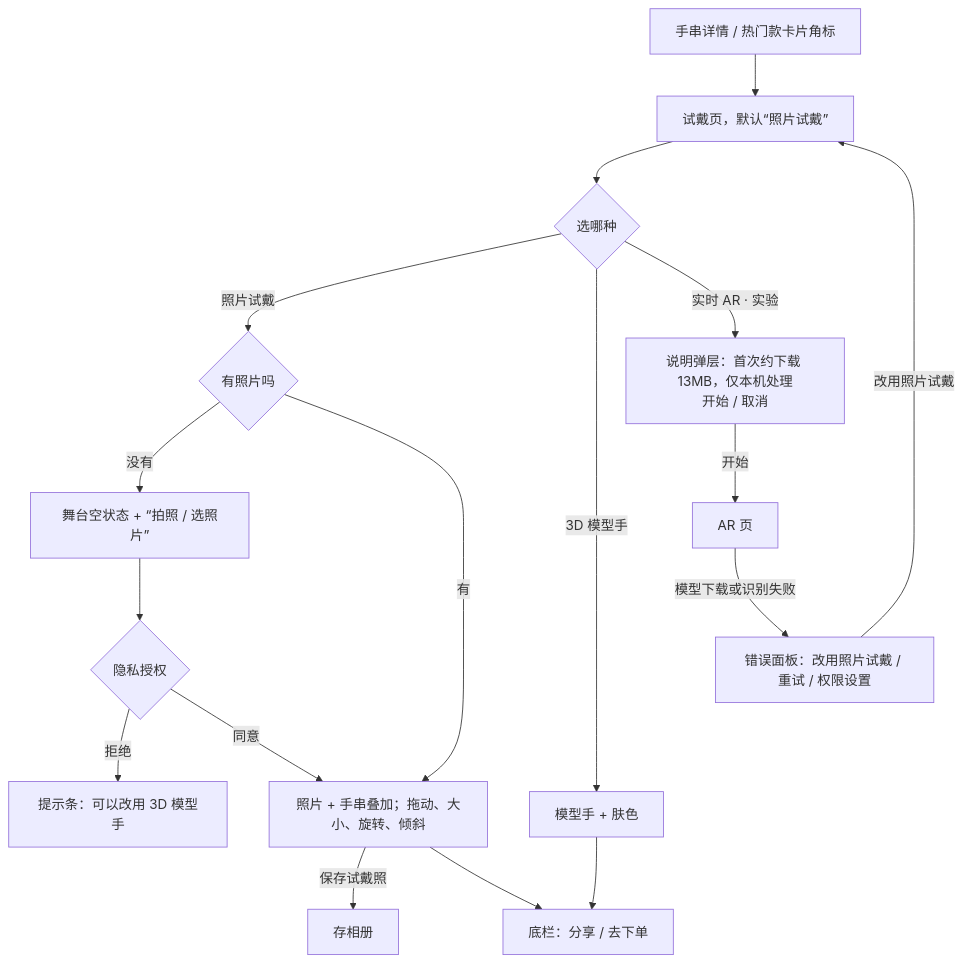
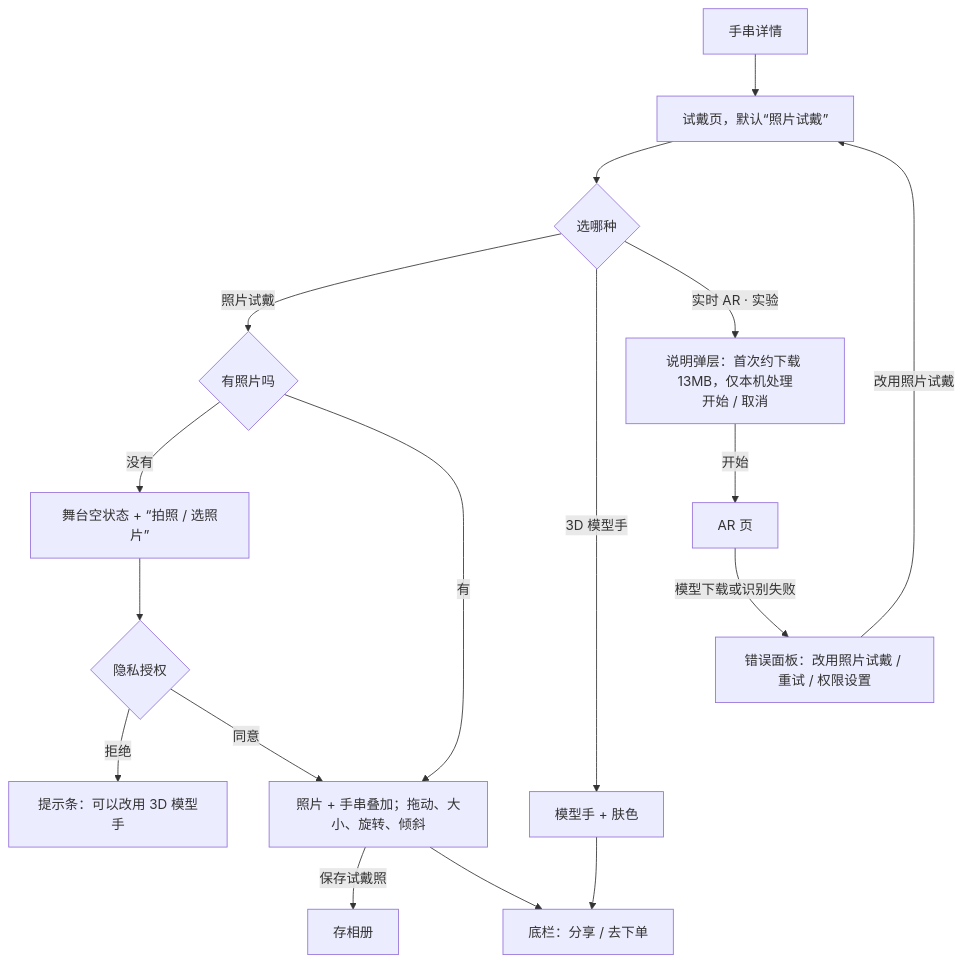
One commit to gachiqachi-netizen/- changed the fifth of 7 diagrams in docs/design/02-core-flows.md. Above: the diagram before and after it, drawn with Mermaid. The commit also changed other lines of this file and 5 other files, not shown here.

````diff
--- a/docs/design/02-core-flows.md
+++ b/docs/design/02-core-flows.md
@@ -232,19 +230,19 @@
 ```mermaid
 flowchart TD
-  A[手串详情 / 热门款卡片角标] --> B[试戴页，默认“照片试戴”]
+  A[手串详情] --> B[试戴页，默认“照片试戴”]
   B --> C{选哪种}
   C -- 照片试戴 --> D{有照片吗}
   D -- 没有 --> E[舞台空状态 + “拍照 / 选照片”]
   E --> F{隐私授权}
   F -- 拒绝 --> G[提示条：可以改用 3D 模型手]
   F -- 同意 --> H[照片 + 手串叠加；拖动、大小、旋转、倾斜]
   D -- 有 --> H
   H -- 保存试戴照 --> I[存相册]
   C -- 3D 模型手 --> J[模型手 + 肤色]
   C -- 实时 AR · 实验 --> K[说明弹层：首次约下载 13MB，仅本机处理<br/>开始 / 取消]
   K -- 开始 --> L[AR 页]
   L -- 模型下载或识别失败 --> M[错误面板：改用照片试戴 / 重试 / 权限设置]
   M -- 改用照片试戴 --> B
   H --> N[底栏：分享 / 去下单]
   J --> N
 ```
````
